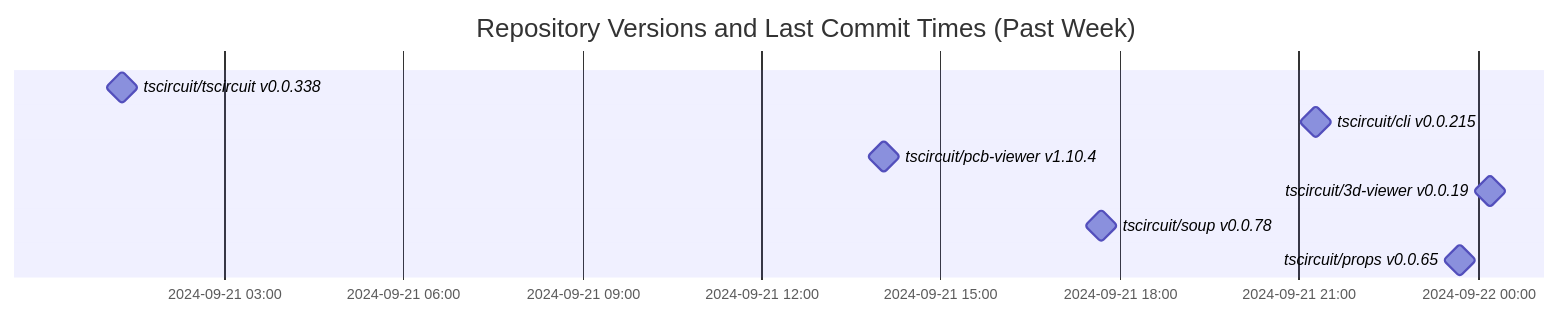
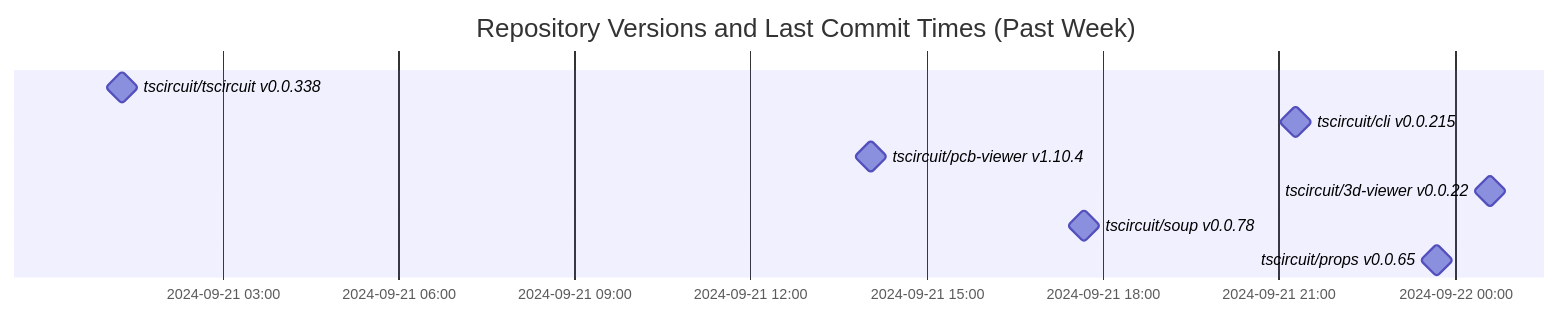
The diagram in README.md (tscircuit/version-tracker), drawn with Mermaid before and after one commit.

Commit message:
Update chart

````diff
--- a/README.md
+++ b/README.md
@@ -1,13 +1,13 @@
 ```mermaid
 gantt
   dateFormat  YYYY-MM-DD HH:mm:ss
   title Repository Versions and Last Commit Times (Past Week)
   axisFormat %Y-%m-%d %H:%M
 
   tscircuit/tscircuit v0.0.338 : milestone, 2024-09-21 01:17:43, 1s
   tscircuit/cli v0.0.215 : milestone, 2024-09-21 21:17:31, 1s
   tscircuit/pcb-viewer v1.10.4 : milestone, 2024-09-21 14:02:34, 1s
-  tscircuit/3d-viewer v0.0.19 : milestone, 2024-09-22 00:11:59, 1s
+  tscircuit/3d-viewer v0.0.22 : milestone, 2024-09-22 00:35:36, 1s
   tscircuit/soup v0.0.78 : milestone, 2024-09-21 17:40:44, 1s
   tscircuit/props v0.0.65 : milestone, 2024-09-21 23:41:11, 1s
 ```
````
